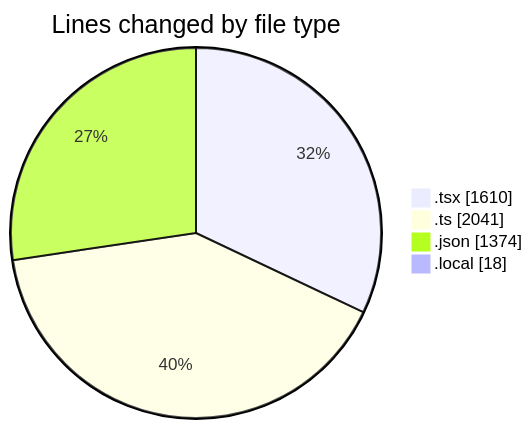
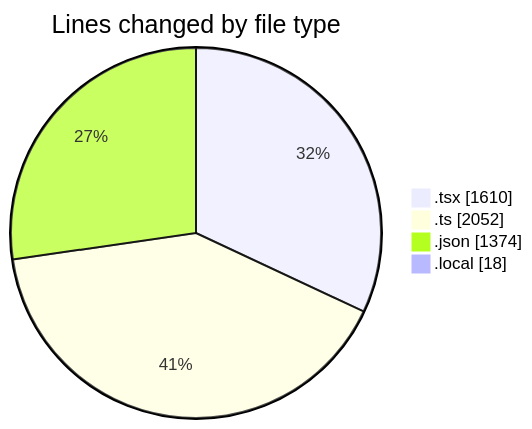
The first of 2 diagrams in 2025-10-16/eventscop-frontend-guide__workspace_/README.md (julien-gomy/code-tracking), drawn with Mermaid before and after one commit. The commit also changed other lines of this file and 1 other file, not shown here.

````diff
--- a/2025-10-16/eventscop-frontend-guide__workspace_/README.md
+++ b/2025-10-16/eventscop-frontend-guide__workspace_/README.md
@@ -47,8 +47,8 @@
 ```mermaid
 pie showData
 title Lines changed by file type
 ".tsx" : 1610
-".ts" : 2041
+".ts" : 2052
 ".json" : 1374
 ".local" : 18
 ```
````
